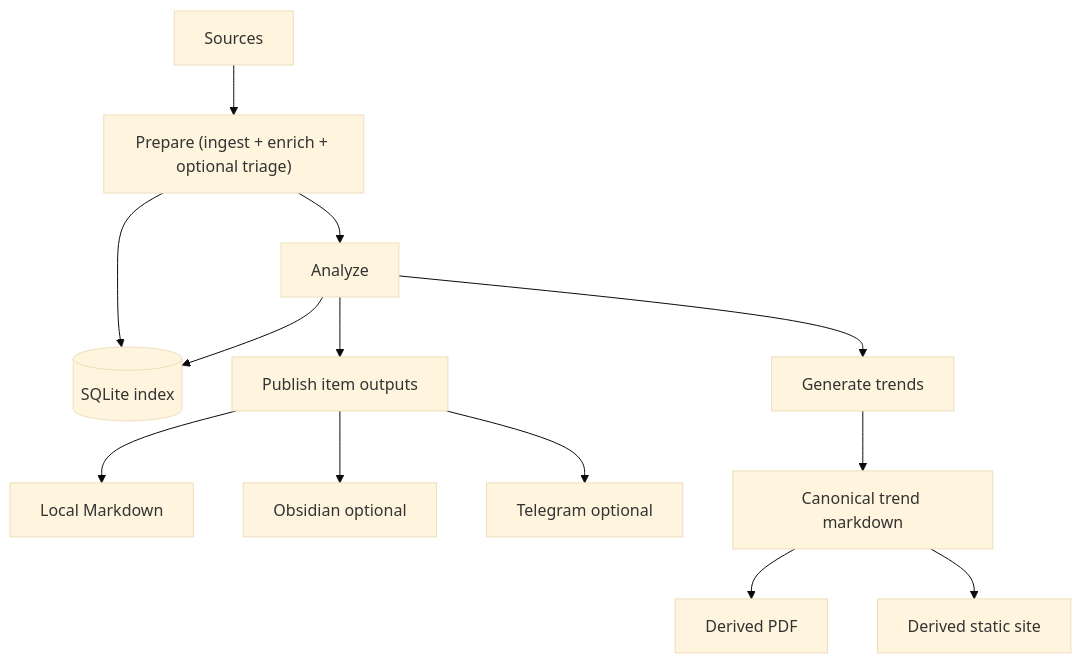
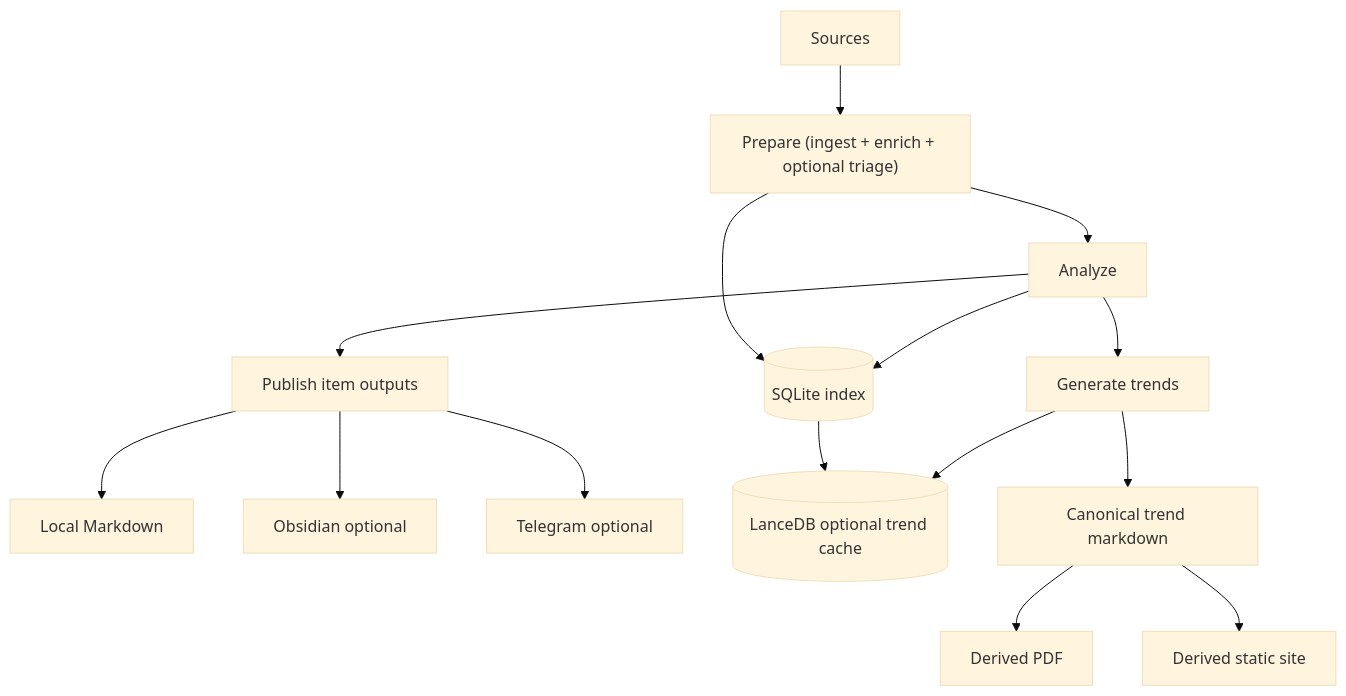
One commit to NeapolitanIcecream/recoleta changed the diagram in docs/design/system-overview.md. Above: the diagram before and after it, drawn with Mermaid (base theme). The commit also changed other lines of this file and 6 other files, not shown here.

````diff
--- a/docs/design/system-overview.md
+++ b/docs/design/system-overview.md
@@ -40,15 +41,17 @@
 ```mermaid
 flowchart TD
   Sources[Sources] --> Prepare["Prepare (ingest + enrich + optional triage)"]
   Prepare --> SQLite[(SQLite index)]
   Prepare --> Analyze[Analyze]
   Analyze --> SQLite
   Analyze --> Publish[Publish item outputs]
   Publish --> Markdown[Local Markdown]
   Publish --> Obsidian[Obsidian optional]
   Publish --> Telegram[Telegram optional]
+  SQLite --> LanceDB[(LanceDB optional trend cache)]
   Analyze --> Trends[Generate trends]
   Trends --> TrendMarkdown[Canonical trend markdown]
+  Trends --> LanceDB
   TrendMarkdown --> TrendPDF[Derived PDF]
   TrendMarkdown --> StaticSite[Derived static site]
 ```
````
